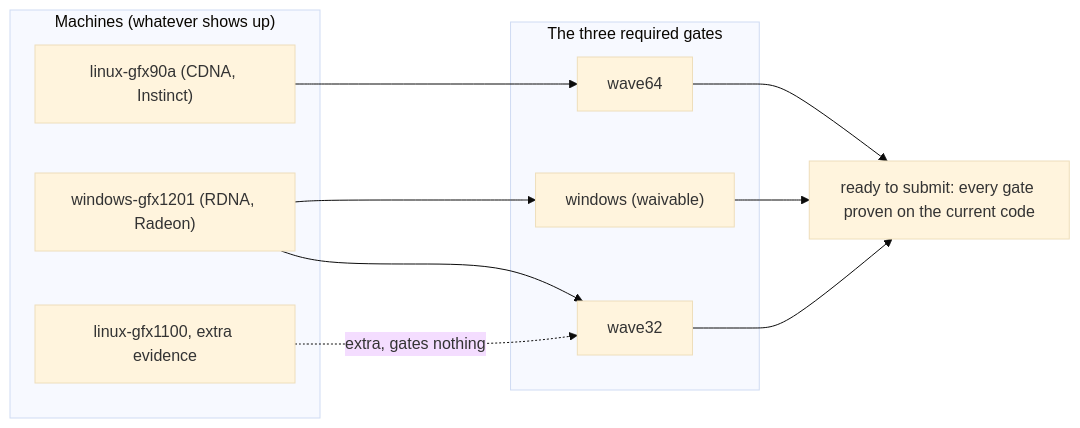
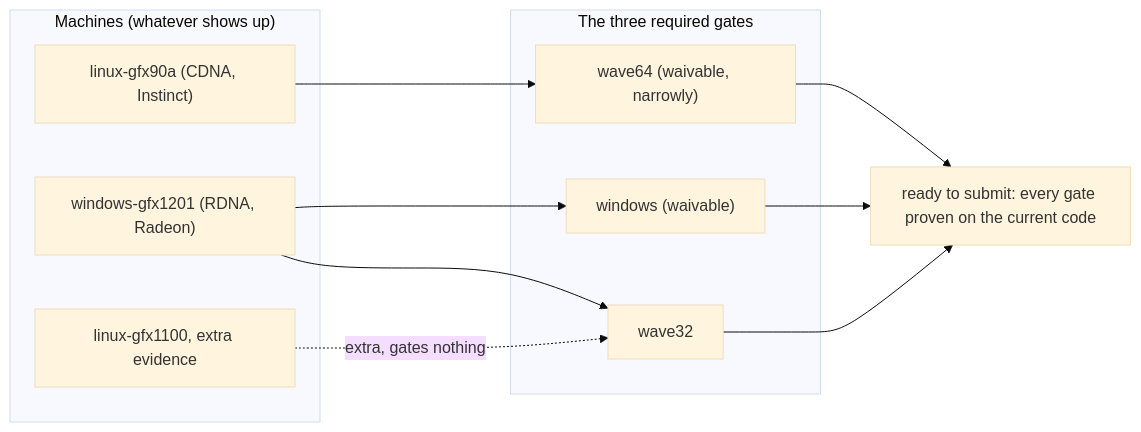
The fifth of 12 diagrams in VISUAL.md (AMD-Ecosystem/moat), drawn with Mermaid (base theme) before and after one commit. The commit also changed other lines of this file and 10 other files, not shown here.

````diff
--- a/VISUAL.md
+++ b/VISUAL.md
@@ -157,20 +166,20 @@
 ```mermaid
 flowchart LR
     subgraph hosts["Machines (whatever shows up)"]
         h1["linux-gfx90a (CDNA, Instinct)"]
         h2["windows-gfx1201 (RDNA, Radeon)"]
         h3["linux-gfx1100, extra evidence"]
     end
     subgraph gates["The three required gates"]
-        g64["wave64"]
+        g64["wave64 (waivable, narrowly)"]
         g32["wave32"]
         gwin["windows (waivable)"]
     end
     h1 --> g64
     h2 --> g32
     h2 --> gwin
     h3 -. "extra, gates nothing" .-> g32
     g64 --> pr["ready to submit: every gate proven on the current code"]
     g32 --> pr
     gwin --> pr
 ```
````
